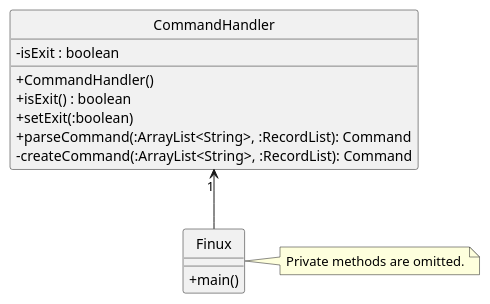
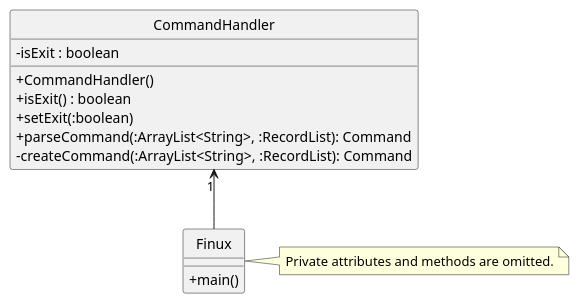
The diagram in docs/diagrams/CommandHandlerClassDiagram.puml (nus-cs2113-AY2021S2/tp), drawn with PlantUML before and after one commit. The commit also changed 12 other files, not shown here.

Commit message:
Add and update diagrams and descriptions to DG

```diff
--- a/docs/diagrams/CommandHandlerClassDiagram.puml
+++ b/docs/diagrams/CommandHandlerClassDiagram.puml
@@ -1,22 +1,22 @@
 @startuml
 skinparam classAttributeIconSize 0
 hide circle
 
-note "Private methods are omitted." as N1
+note "Private attributes and methods are omitted." as N1
 
 class CommandHandler {
     -isExit : boolean
     +CommandHandler()
     +isExit() : boolean
     +setExit(:boolean)
     +parseCommand(:ArrayList<String>, :RecordList): Command
     -createCommand(:ArrayList<String>, :RecordList): Command
 }
 
 class Finux {
     +main()
 }
 
 CommandHandler"1" <-- Finux
 Finux -right> N1
 @enduml
```
